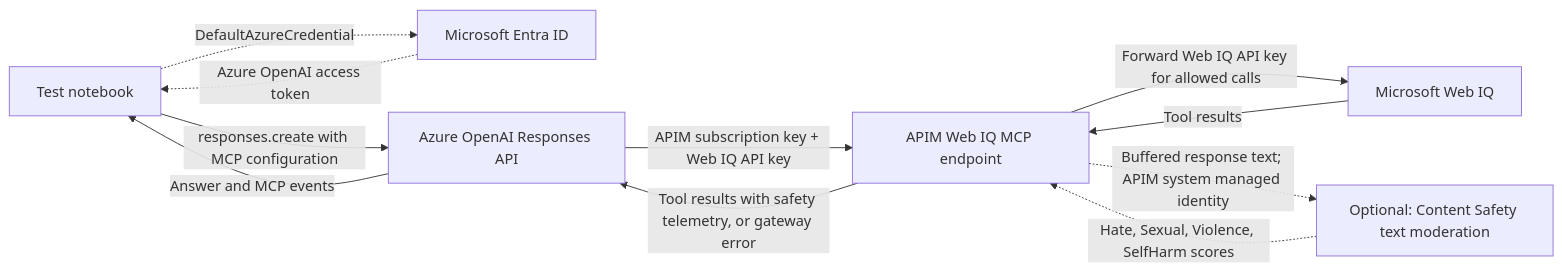
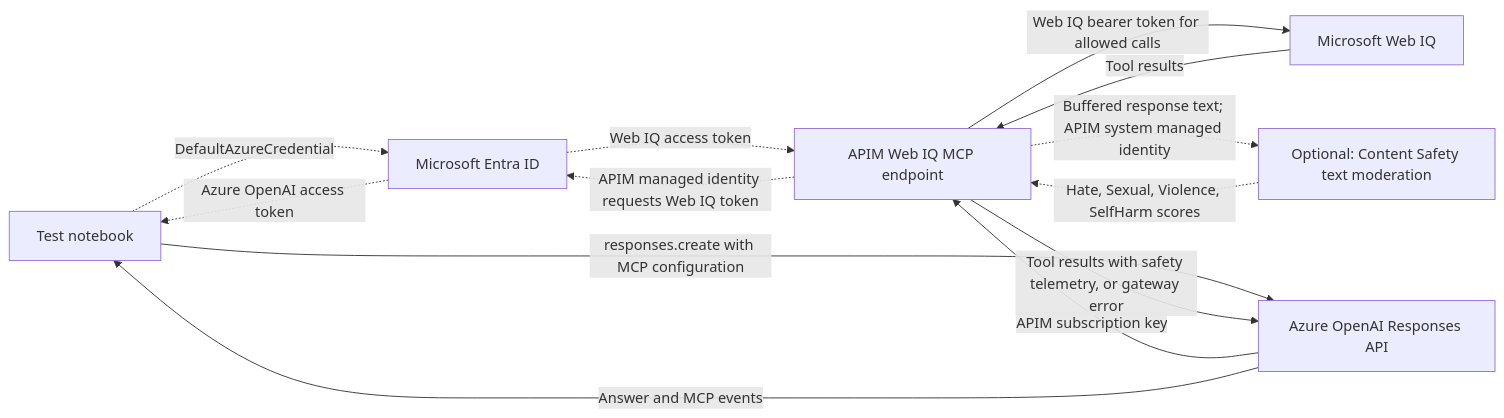
The second of 2 diagrams in labs/web-iq/README.md (jakeatmsft/AI-Gateway), drawn with Mermaid before and after one commit. The commit also changed other lines of this file and 4 other files, not shown here.

````diff
--- a/labs/web-iq/README.md
+++ b/labs/web-iq/README.md
@@ -260,19 +284,21 @@
 ```mermaid
 flowchart LR
     Notebook[Test notebook]
     Entra[Microsoft Entra ID]
     Responses[Azure OpenAI Responses API]
     Gateway[APIM Web IQ MCP endpoint]
     WebIQ[Microsoft Web IQ]
     Safety[Optional: Content Safety text moderation]
     Notebook -.->|DefaultAzureCredential| Entra
     Entra -.->|Azure OpenAI access token| Notebook
     Notebook -->|responses.create with MCP configuration| Responses
-    Responses -->|APIM subscription key + Web IQ API key| Gateway
-    Gateway -->|Forward Web IQ API key for allowed calls| WebIQ
+    Responses -->|APIM subscription key| Gateway
+    Gateway -.->|APIM managed identity requests Web IQ token| Entra
+    Entra -.->|Web IQ access token| Gateway
+    Gateway -->|Web IQ bearer token for allowed calls| WebIQ
     WebIQ -->|Tool results| Gateway
     Gateway -.->|Buffered response text; APIM system managed identity| Safety
     Safety -.->|Hate, Sexual, Violence, SelfHarm scores| Gateway
     Gateway -->|Tool results with safety telemetry, or gateway error| Responses
     Responses -->|Answer and MCP events| Notebook
 ```
````
